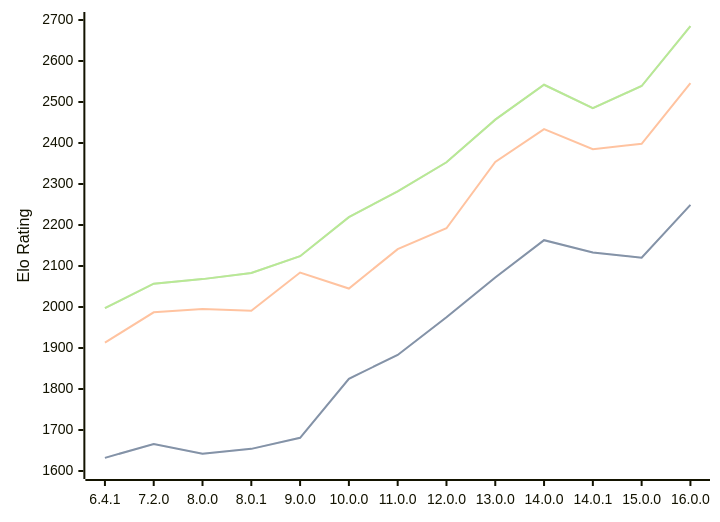
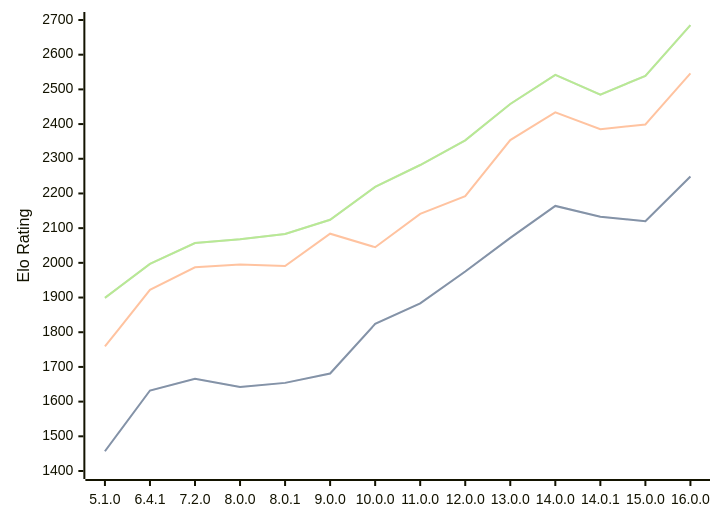
One commit to computer-chess-index/cci changed the diagram in engines/Cepimetheus.md. Above: the diagram before and after it, drawn with Mermaid. The commit also changed other lines of this file, not shown here.

Commit message:
Update CCI Ratings (ELO VLTC) - 2026-09-05

````diff
--- a/engines/Cepimetheus.md
+++ b/engines/Cepimetheus.md
@@ -67,11 +67,11 @@
 ```mermaid
 %%{init: {"theme":"base","themeVariables":{"seriesColors:['#a3a3a3','#222221','#faa371']}}}%%
 xychart-beta
-  x-axis ["6.4.1", "7.2.0", "8.0.0", "8.0.1", "9.0.0", "10.0.0", "11.0.0", "12.0.0", "13.0.0", "14.0.0", "14.0.1", "15.0.0", "16.0.0"]
-  y-axis "Elo Rating" 1600 --> 2700
-  line "" [1632, 1666, 1642, 1654, 1681, 1825, 1883, 1975, 2072, 2163, 2133, 2120, 2249]
-  line "STC (8.0+0.08s)" [1632, 1666, 1642, 1654, 1681, 1825, 1883, 1975, 2072, 2163, 2133, 2120, 2249]
-  line "LTC (60.0+0.60s)" [1913, 1987, 1995, 1991, 2084, 2045, 2141, 2192, 2354, 2434, 2385, 2398, 2546]
-  line "" [1997, 2057, 2068, 2083, 2124, 2219, 2282, 2353, 2457, 2542, 2485, 2539, 2685]
-  line "VLTC (2m24s+1.12s)" [1997, 2057, 2068, 2083, 2124, 2219, 2282, 2353, 2457, 2542, 2485, 2539, 2685]
+  x-axis ["5.1.0", "6.4.1", "7.2.0", "8.0.0", "8.0.1", "9.0.0", "10.0.0", "11.0.0", "12.0.0", "13.0.0", "14.0.0", "14.0.1", "15.0.0", "16.0.0"]
+  y-axis "Elo Rating" 1400 --> 2700
+  line "" [1457, 1632, 1666, 1642, 1654, 1681, 1824, 1883, 1975, 2072, 2164, 2133, 2120, 2249]
+  line "STC (8.0+0.08s)" [1457, 1632, 1666, 1642, 1654, 1681, 1824, 1883, 1975, 2072, 2164, 2133, 2120, 2249]
+  line "LTC (60.0+0.60s)" [1759, 1922, 1987, 1995, 1991, 2084, 2045, 2141, 2192, 2354, 2434, 2385, 2399, 2546]
+  line "" [1899, 1997, 2057, 2068, 2083, 2124, 2219, 2282, 2353, 2458, 2542, 2485, 2539, 2685]
+  line "VLTC (2m24s+1.12s)" [1899, 1997, 2057, 2068, 2083, 2124, 2219, 2282, 2353, 2458, 2542, 2485, 2539, 2685]
 ```
````
